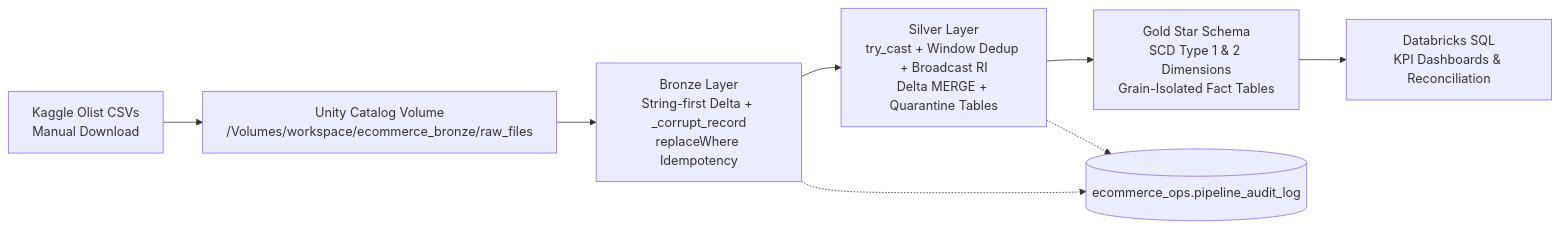
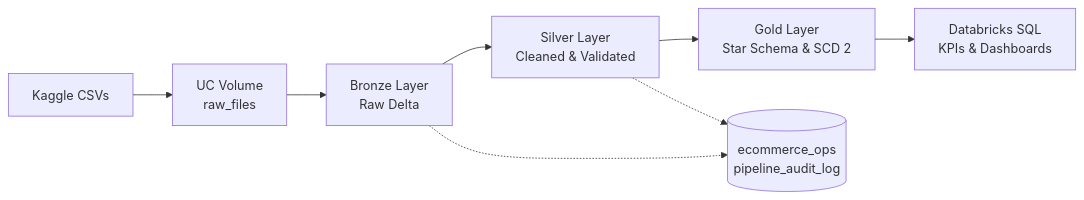
The diagram in README.md (HarshKumarGuptagit/ecommerce-databricks-lakehouse), drawn with Mermaid before and after one commit. The commit also changed other lines of this file, not shown here.

````diff
--- a/README.md
+++ b/README.md
@@ -7,10 +9,11 @@
 ```mermaid
 flowchart LR
-    A[Kaggle Olist CSVs<br/>Manual Download] --> B[Unity Catalog Volume<br/>/Volumes/workspace/ecommerce_bronze/raw_files]
-    B --> C[Bronze Layer<br/>String-first Delta + _corrupt_record<br/>replaceWhere Idempotency]
-    C --> D[Silver Layer<br/>try_cast + Window Dedup + Broadcast RI<br/>Delta MERGE + Quarantine Tables]
-    D --> E[Gold Star Schema<br/>SCD Type 1 & 2 Dimensions<br/>Grain-Isolated Fact Tables]
-    E --> F[Databricks SQL<br/>KPI Dashboards & Reconciliation]
-    C -.-> G[(ecommerce_ops.pipeline_audit_log)]
+    A[Kaggle CSVs] --> B[UC Volume<br/>raw_files]
+    B --> C[Bronze Layer<br/>Raw Delta]
+    C --> D[Silver Layer<br/>Cleaned & Validated]
+    D --> E[Gold Layer<br/>Star Schema & SCD 2]
+    E --> F[Databricks SQL<br/>KPIs & Dashboards]
+
+    C -.-> G[(ecommerce_ops<br/>pipeline_audit_log)]
     D -.-> G
 ```
````
